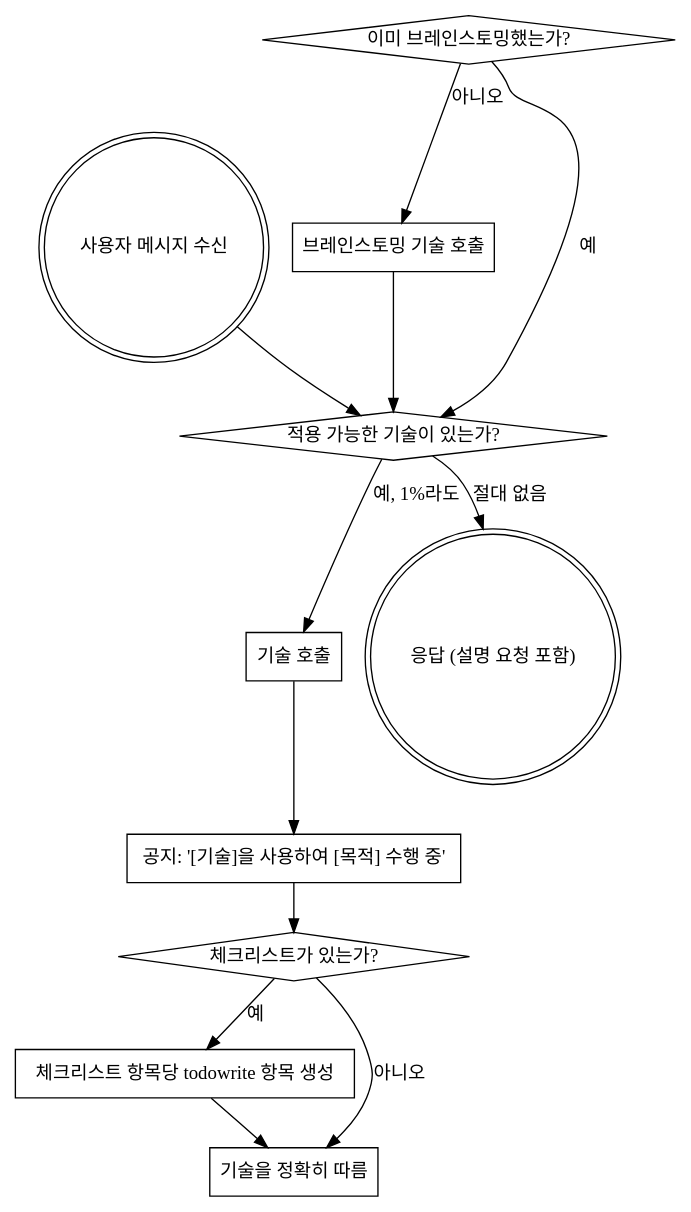
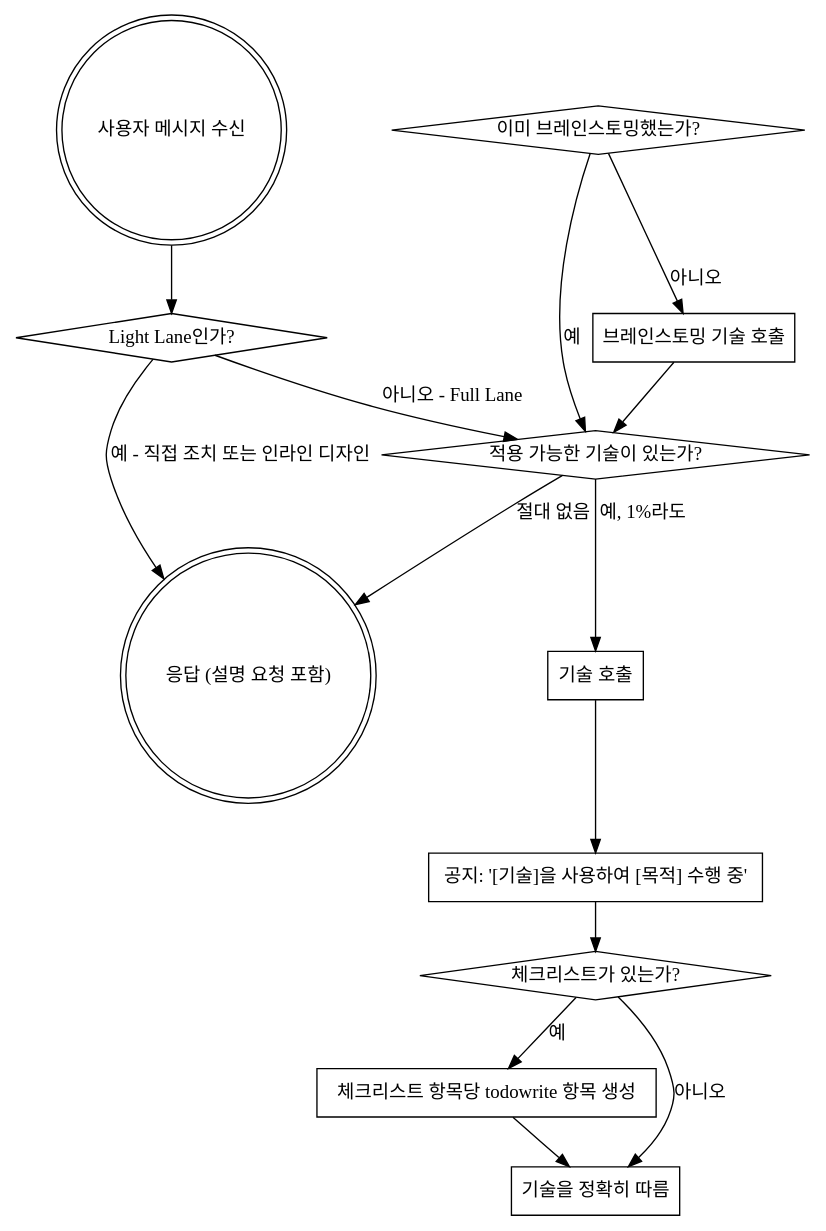
Before and after one commit to zcarc/superpowers: the diagram in skills-ko/using-superpowers/SKILL.md, drawn with Graphviz. The commit also changed other lines of this file and 11 other files, not shown here.

Commit message:
feat(ko): Light Lane 워크플로 및 경량 코드 리뷰 지원 추가

````diff
--- a/skills-ko/using-superpowers/SKILL.md
+++ b/skills-ko/using-superpowers/SKILL.md
@@ -54,27 +58,30 @@
 ```dot
 digraph skill_flow {
     "사용자 메시지 수신" [shape=doublecircle];
+    "Light Lane인가?" [shape=diamond];
     "이미 브레인스토밍했는가?" [shape=diamond];
     "브레인스토밍 기술 호출" [shape=box];
     "적용 가능한 기술이 있는가?" [shape=diamond];
     "기술 호출" [shape=box];
     "공지: '[기술]을 사용하여 [목적] 수행 중'" [shape=box];
     "체크리스트가 있는가?" [shape=diamond];
     "체크리스트 항목당 todowrite 항목 생성" [shape=box];
     "기술을 정확히 따름" [shape=box];
     "응답 (설명 요청 포함)" [shape=doublecircle];
 
     "이미 브레인스토밍했는가?" -> "브레인스토밍 기술 호출" [label="아니오"];
     "이미 브레인스토밍했는가?" -> "적용 가능한 기술이 있는가?" [label="예"];
     "브레인스토밍 기술 호출" -> "적용 가능한 기술이 있는가?";
 
-    "사용자 메시지 수신" -> "적용 가능한 기술이 있는가?";
+    "사용자 메시지 수신" -> "Light Lane인가?";
+    "Light Lane인가?" -> "응답 (설명 요청 포함)" [label="예 - 직접 조치 또는 인라인 디자인"];
+    "Light Lane인가?" -> "적용 가능한 기술이 있는가?" [label="아니오 - Full Lane"];
     "적용 가능한 기술이 있는가?" -> "기술 호출" [label="예, 1%라도"];
     "적용 가능한 기술이 있는가?" -> "응답 (설명 요청 포함)" [label="절대 없음"];
     "기술 호출" -> "공지: '[기술]을 사용하여 [목적] 수행 중'";
     "공지: '[기술]을 사용하여 [목적] 수행 중'" -> "체크리스트가 있는가?";
     "체크리스트가 있는가?" -> "체크리스트 항목당 todowrite 항목 생성" [label="예"];
     "체크리스트가 있는가?" -> "기술을 정확히 따름" [label="아니오"];
     "체크리스트 항목당 todowrite 항목 생성" -> "기술을 정확히 따름";
 }
 ```
````
